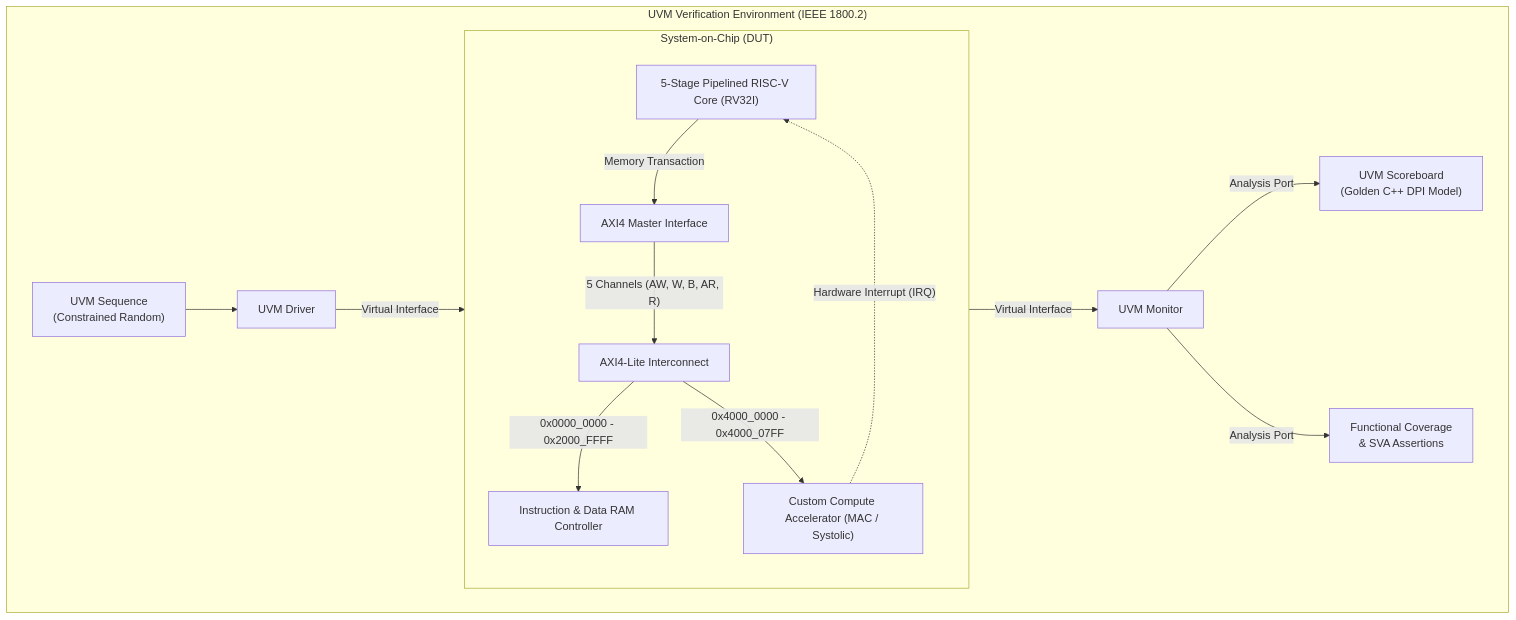
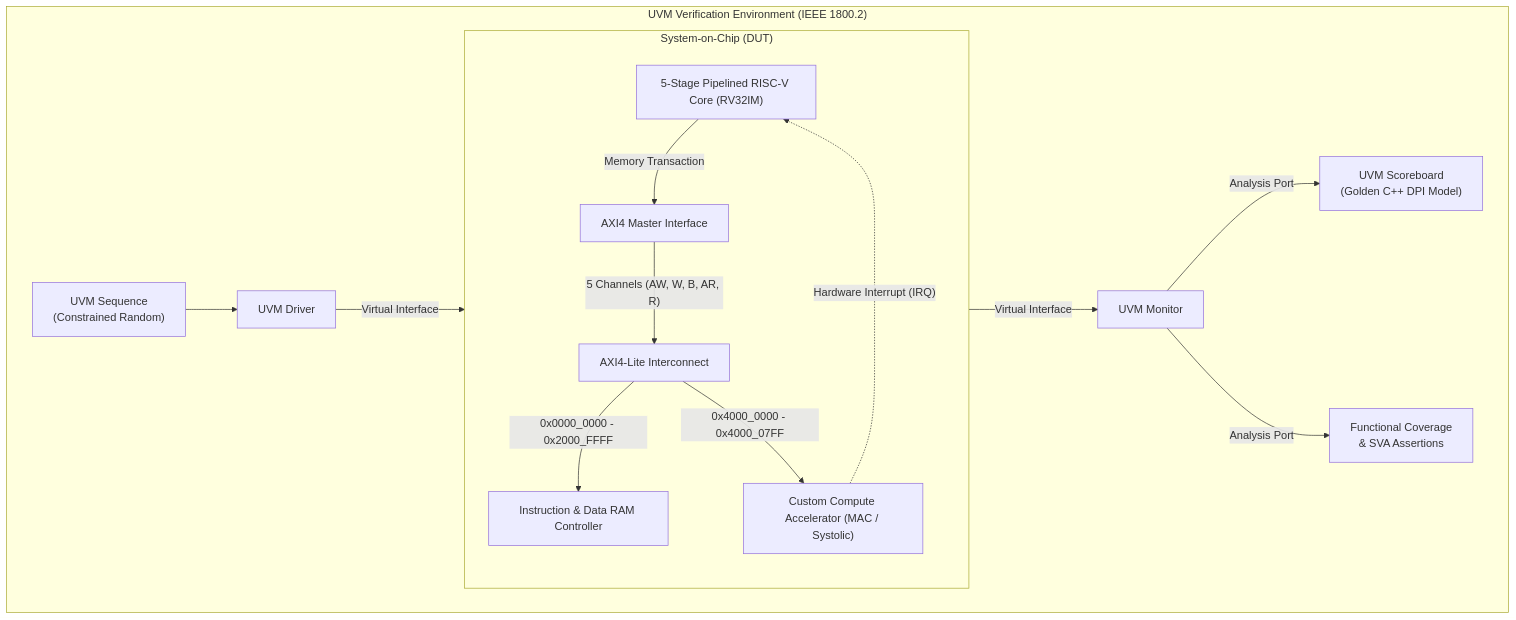
The diagram in README.md (sushrutchhatkuli/rv32i-axi-accelerator-uvm), drawn with Mermaid before and after one commit. The commit also changed other lines of this file and 15 other files, not shown here.

````diff
--- a/README.md
+++ b/README.md
@@ -22,18 +22,18 @@
 ```mermaid
 flowchart TB
     subgraph DUT["System-on-Chip (DUT)"]
-        CPU["5-Stage Pipelined RISC-V Core (RV32I)"] -->|"Memory Transaction"| AXI_M["AXI4 Master Interface"]
+        CPU["5-Stage Pipelined RISC-V Core (RV32IM)"] -->|"Memory Transaction"| AXI_M["AXI4 Master Interface"]
         AXI_M -->|"5 Channels (AW, W, B, AR, R)"| BUS["AXI4-Lite Interconnect"]
         BUS -->|"0x0000_0000 - 0x2000_FFFF"| RAM["Instruction & Data RAM Controller"]
         BUS -->|"0x4000_0000 - 0x4000_07FF"| ACC["Custom Compute Accelerator (MAC / Systolic)"]
         ACC -.->|"Hardware Interrupt (IRQ)"| CPU
     end
 
     subgraph UVM["UVM Verification Environment (IEEE 1800.2)"]
         SEQ["UVM Sequence\n(Constrained Random)"] --> DRV["UVM Driver"]
         DRV -->|"Virtual Interface"| DUT
         DUT -->|"Virtual Interface"| MON["UVM Monitor"]
         MON -->|"Analysis Port"| SCB["UVM Scoreboard\n(Golden C++ DPI Model)"]
         MON -->|"Analysis Port"| COV["Functional Coverage\n& SVA Assertions"]
     end
 ```
````
